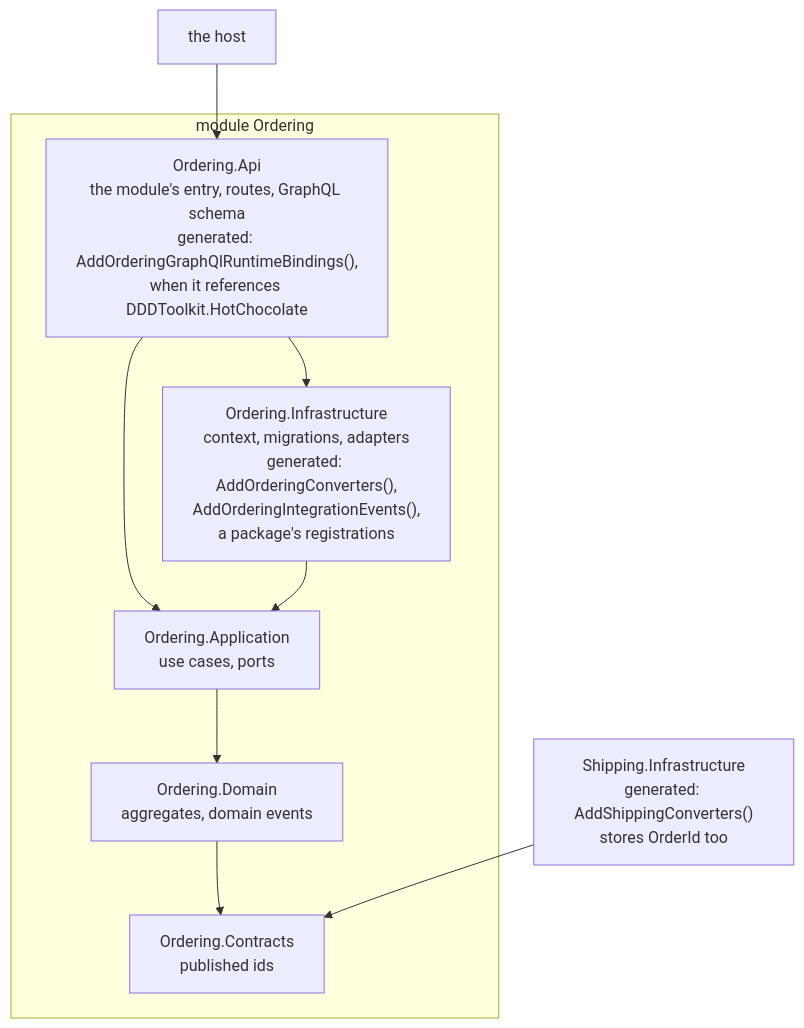
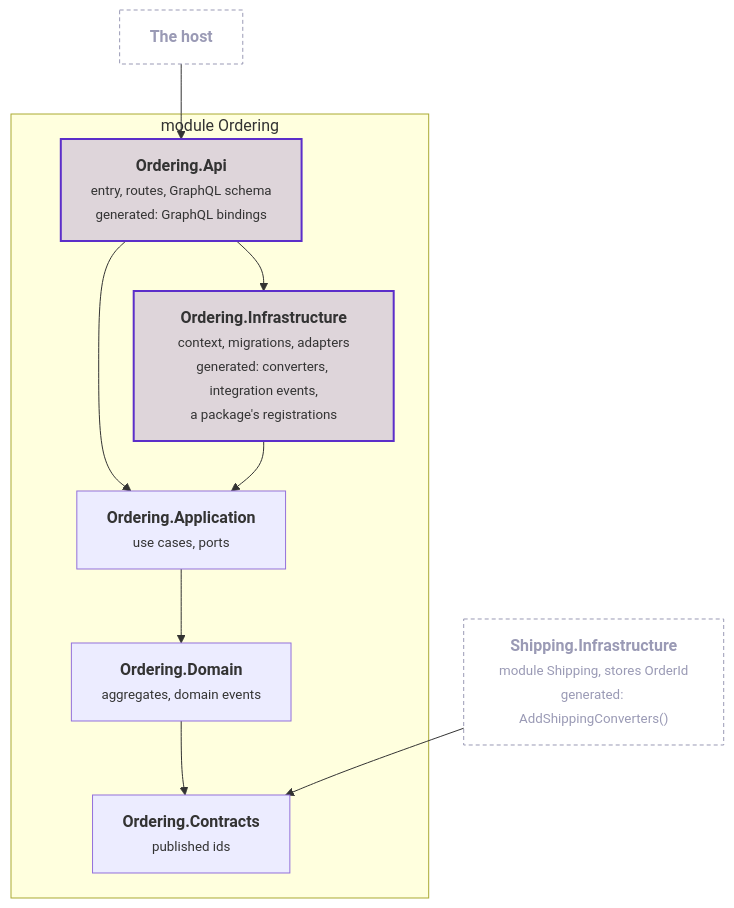
Before and after one commit to DylanSnel/DDDToolkit: the second of 5 diagrams in docs/modules.md, drawn with Mermaid. The commit also changed other lines of this file and 41 other files, not shown here.

First line of the commit message:
Docs: plain prose, one word per concept, and readable diagrams on every page

````diff
--- a/docs/modules.md
+++ b/docs/modules.md
@@ -259,12 +270,21 @@
 ```mermaid
 flowchart TB
     subgraph ordering ["module Ordering"]
-        Api["Ordering.Api<br/>the module's entry, routes, GraphQL schema<br/>generated: AddOrderingGraphQlRuntimeBindings(),<br/>when it references DDDToolkit.HotChocolate"] --> Application["Ordering.Application<br/>use cases, ports"]
-        Api --> Infrastructure
-        Infrastructure["Ordering.Infrastructure<br/>context, migrations, adapters<br/>generated: AddOrderingConverters(),<br/>AddOrderingIntegrationEvents(),<br/>a package's registrations"] --> Application
-        Application --> Domain["Ordering.Domain<br/>aggregates, domain events"]
-        Domain --> Contracts["Ordering.Contracts<br/>published ids"]
+        api["<b>Ordering.Api</b><br/><small>entry, routes, GraphQL schema<br/>generated: GraphQL bindings</small>"]
+        application["<b>Ordering.Application</b><br/><small>use cases, ports</small>"]
+        infrastructure["<b>Ordering.Infrastructure</b><br/><small>context, migrations, adapters<br/>generated: converters, integration events,<br/>a package's registrations</small>"]
+        domain["<b>Ordering.Domain</b><br/><small>aggregates, domain events</small>"]
+        contracts["<b>Ordering.Contracts</b><br/><small>published ids</small>"]
+        api --> application
+        api --> infrastructure
+        infrastructure --> application
+        application --> domain
+        domain --> contracts
     end
-    Host["the host"] --> Api
-    Shipping["Shipping.Infrastructure<br/>generated: AddShippingConverters()<br/>stores OrderId too"] --> Contracts
+    host["<b>The host</b>"] --> api
+    shipping["<b>Shipping.Infrastructure</b><br/><small>module Shipping, stores OrderId<br/>generated: AddShippingConverters()</small>"] --> contracts
+    classDef strong fill:#5b2ec933,stroke:#5b2ec9,stroke-width:2px
+    classDef muted fill:none,stroke:#9a9ab5,stroke-dasharray:4 3,color:#9a9ab5
+    class api,infrastructure strong
+    class host,shipping muted
 ```
````
